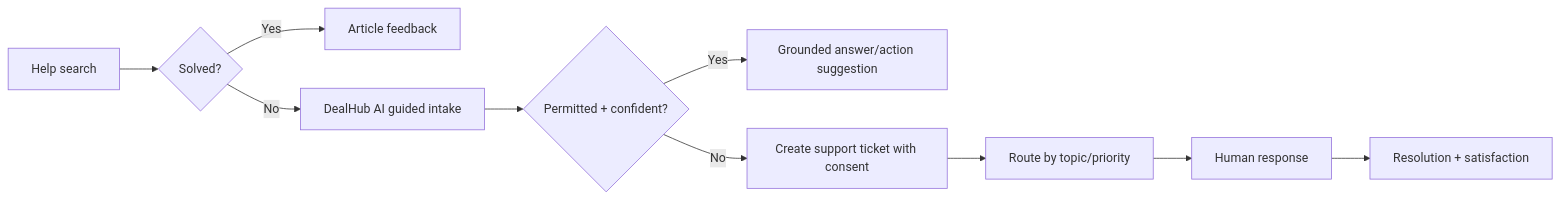
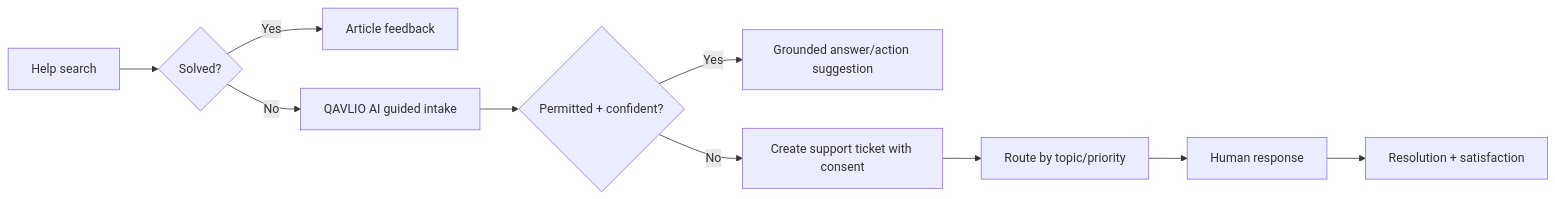
One commit to sardarhaseebkhan53-hub/sup-mar-web changed the sixth of 6 diagrams in docs/02-information-architecture.md. Above: the diagram before and after it, drawn with Mermaid. The commit also changed other lines of this file and 91 other files, not shown here.

````diff
--- a/docs/02-information-architecture.md
+++ b/docs/02-information-architecture.md
@@ -160,12 +160,12 @@
 ```mermaid
 flowchart LR
   HELP[Help search] --> ANSWER{Solved?}
   ANSWER -- Yes --> FEEDBACK[Article feedback]
-  ANSWER -- No --> AI[DealHub AI guided intake]
+  ANSWER -- No --> AI[QAVLIO AI guided intake]
   AI --> SAFE{Permitted + confident?}
   SAFE -- Yes --> RESPONSE[Grounded answer/action suggestion]
   SAFE -- No --> TICKET[Create support ticket with consent]
   TICKET --> QUEUE[Route by topic/priority]
   QUEUE --> AGENT[Human response]
   AGENT --> RESOLVE[Resolution + satisfaction]
 ```
````
